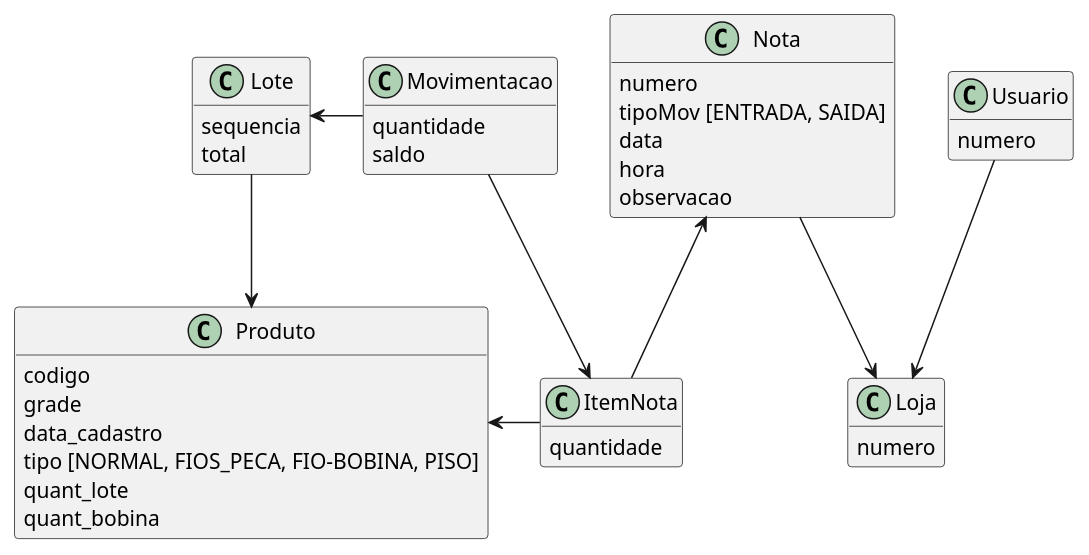
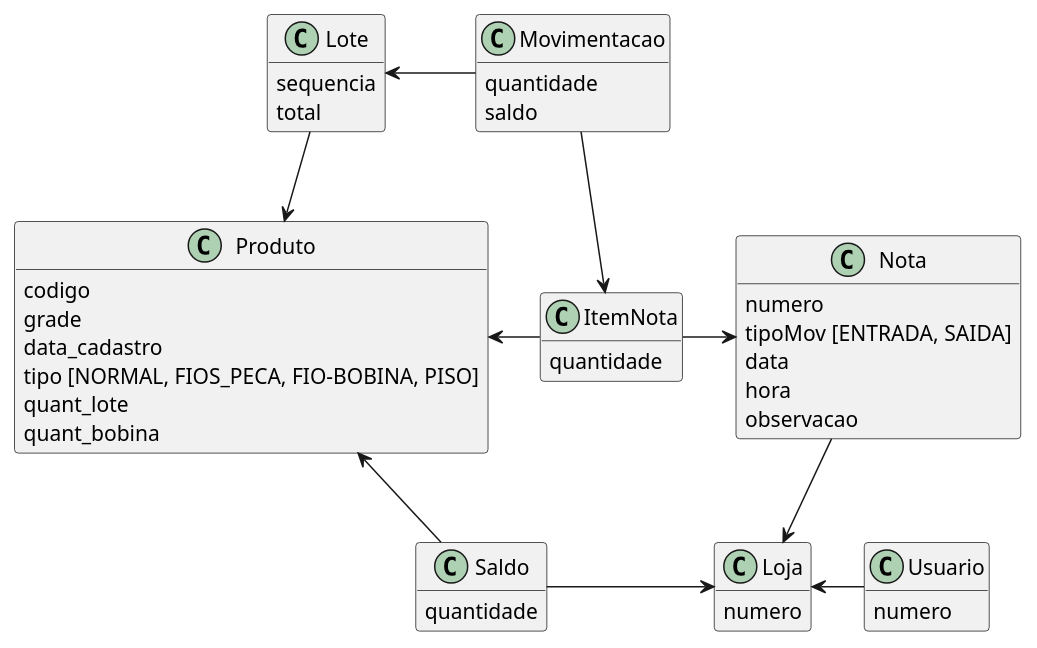
One commit to ivaneyvieira/engEstoque-Archive changed the diagram in diagramas/modelo2.puml. Above: the diagram before and after it, drawn with PlantUML. The commit also changed 18 other files, not shown here.

```diff
--- a/diagramas/modelo2.puml
+++ b/diagramas/modelo2.puml
@@ -1,51 +1,56 @@
 @startuml modelo
 hide methods
 
 class Produto{
 	codigo
 	grade
 	data_cadastro
 	tipo [NORMAL, FIOS_PECA, FIO-BOBINA, PISO]
 	quant_lote
 	quant_bobina
 }
 
 class ItemNota{
 	quantidade
 }
 
 class Nota {
 	numero
 	tipoMov [ENTRADA, SAIDA]
 	data
 	hora
 	observacao
 }
 
 class Lote {
 	sequencia
 	total
 }
 
 class Movimentacao {
 	quantidade
 	saldo
 }
 
 class Loja {
 	numero
 }
 
 class Usuario {
 	numero
 }
 
-ItemNota	-u->	Nota
+class Saldo {
+	quantidade
+}
+
+ItemNota	-r->	Nota
 ItemNota	-l->	Produto
 Lote		-->	Produto
 Movimentacao	-l->	Lote
 Movimentacao	-->	ItemNota
 Nota		-->	Loja
-Usuario		-->	Loja
-
+Usuario		-l->	Loja
+Saldo		-u->	Produto
+Saldo		-r->	Loja
 @enduml
```
